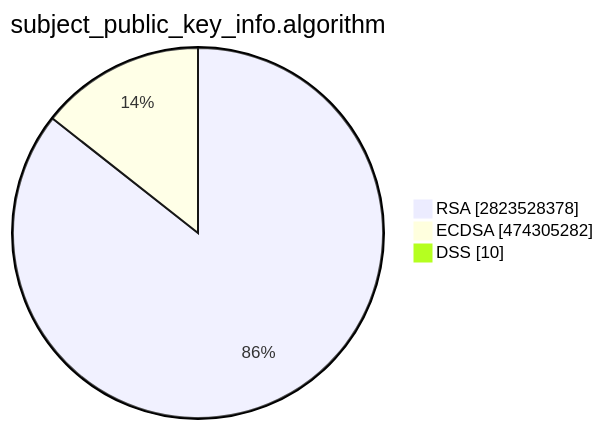
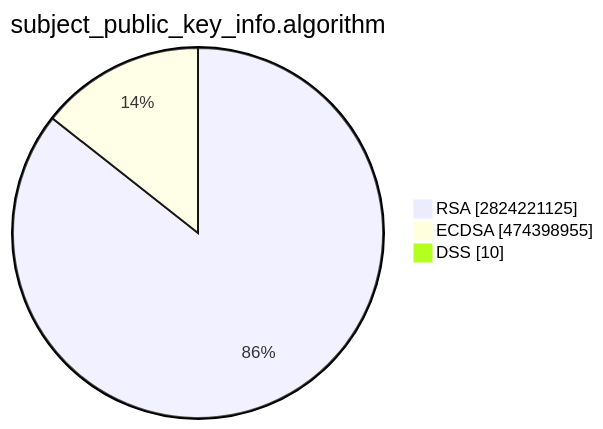
One commit to christiankrug/ctmonitor_visualization changed the second of 15 diagrams in TOTAL/README.md. Above: the diagram before and after it, drawn with Mermaid. The commit also changed other lines of this file, not shown here.

````diff
--- a/TOTAL/README.md
+++ b/TOTAL/README.md
@@ -6,7 +6,7 @@
 ```mermaid
 pie showData
 title subject_public_key_info.algorithm
-"RSA" :2823528378
-"ECDSA" :474305282
+"RSA" :2824221125
+"ECDSA" :474398955
 "DSS" :10
 ```
````
